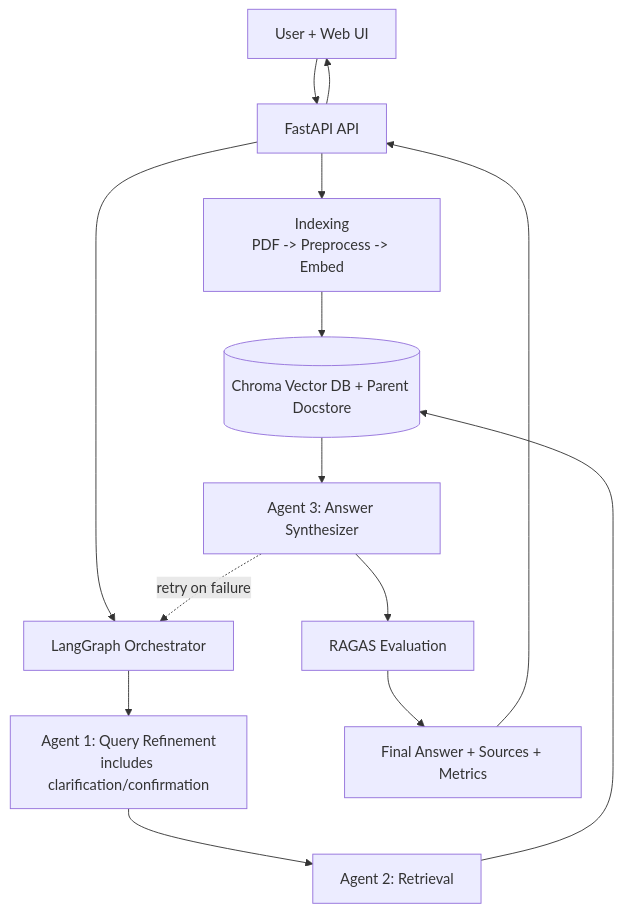
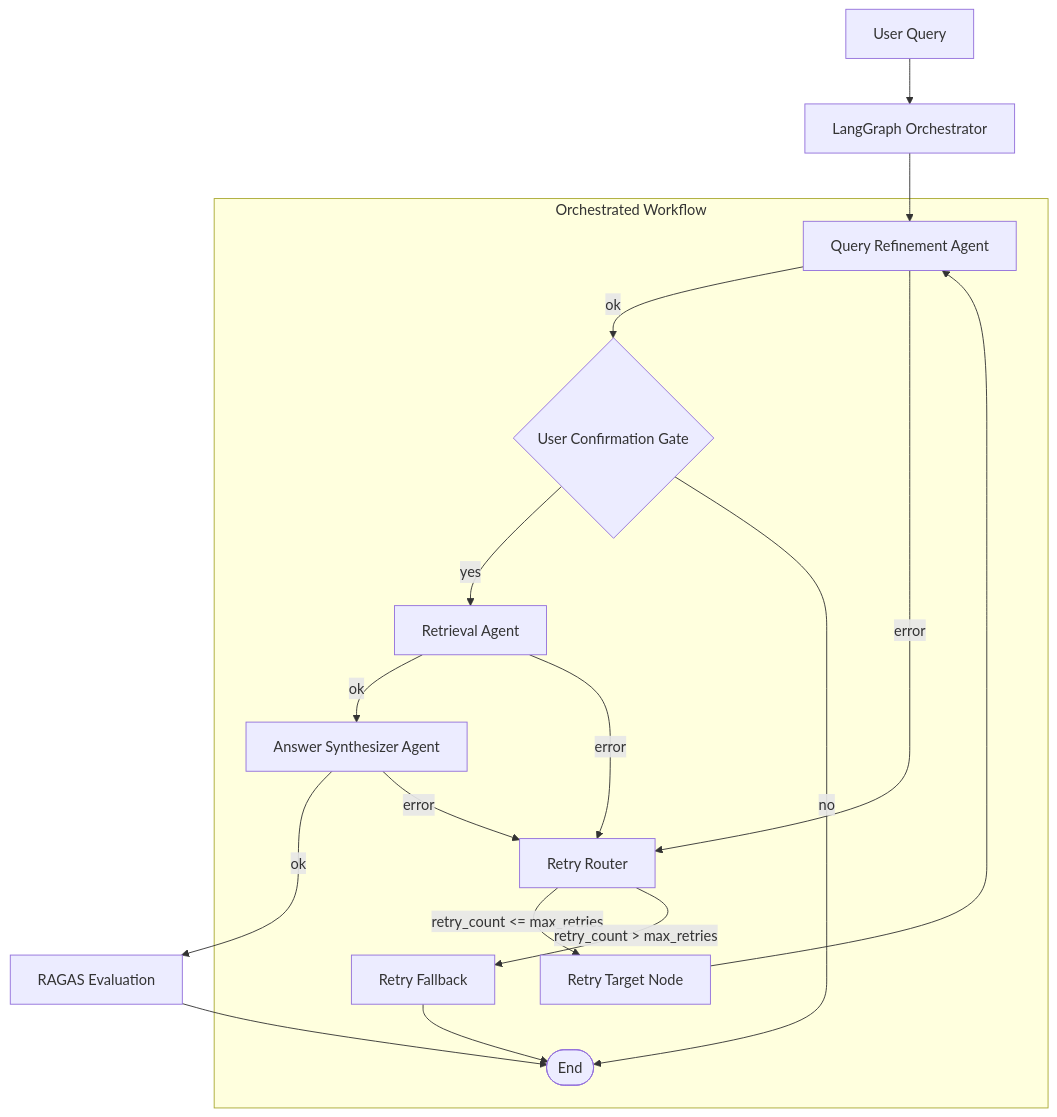
The diagram in ARCHITECTURE.md (Balaji-Balasubramaniam/Agentic-RAG-Application), drawn with Mermaid before and after one commit.

Commit message:
version-1

````diff
--- a/ARCHITECTURE.md
+++ b/ARCHITECTURE.md
@@ -5,18 +5,34 @@
 ```mermaid
 flowchart TD
-  U[User + Web UI] --> API[FastAPI API]
+  UQ[User Query] --> ORCH[LangGraph Orchestrator]
 
-  API --> IDX[Indexing\nPDF -> Preprocess -> Embed]
-  IDX --> STORE[(Chroma Vector DB + Parent Docstore)]
+  subgraph WF[Orchestrated Workflow]
+    QR[Query Refinement Agent]
+    CG{User Confirmation Gate}
+    RA[Retrieval Agent]
+    AS[Answer Synthesizer Agent]
+    RR[Retry Router]
+    RT[Retry Target Node]
+    RF[Retry Fallback]
+    END([End])
+  end
 
-  API --> ORCH[LangGraph Orchestrator]
-  ORCH --> A1[Agent 1: Query Refinement\nincludes clarification/confirmation]
-  A1 --> A2[Agent 2: Retrieval]
-  A2 --> STORE
-  STORE --> A3[Agent 3: Answer Synthesizer]
-  A3 -.retry on failure.-> ORCH
-  A3 --> RAGAS[RAGAS Evaluation]
-  RAGAS --> OK[Final Answer + Sources + Metrics]
-  OK --> API
-  API --> U
+  ORCH --> QR
+  QR -->|ok| CG
+  QR -->|error| RR
+
+  CG -->|yes| RA
+  CG -->|no| END
+
+  RA -->|ok| AS
+  RA -->|error| RR
+
+  AS -->|ok| RAGAS[RAGAS Evaluation]
+  AS -->|error| RR
+  RAGAS --> END
+
+  RR -->|retry_count <= max_retries| RT
+  RT --> QR
+  RR -->|retry_count > max_retries| RF
+  RF --> END
 ```
````
